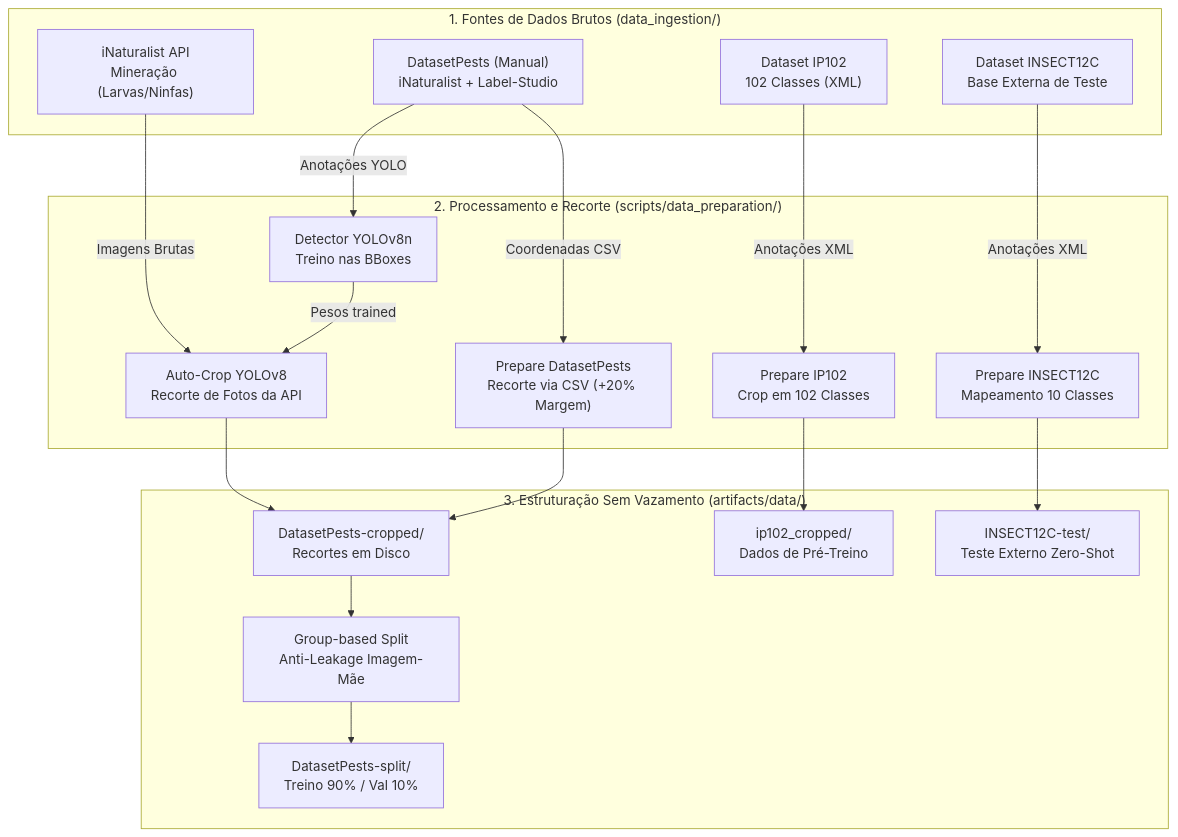
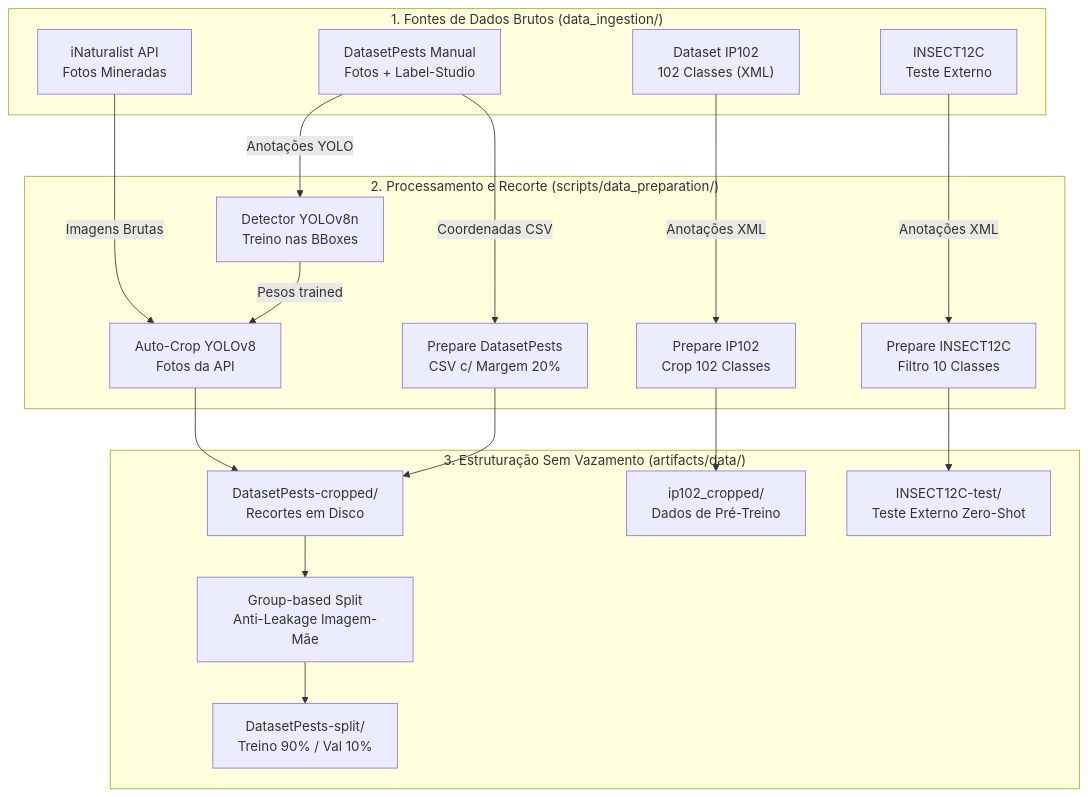
One commit to nanshibukawa/soybean-leaf-pest-damage changed the diagram in docs/03_preparacao_dados/01_pipeline_preprocessamento.md. Above: the diagram before and after it, drawn with Mermaid.

Commit message:
docs: fix Mermaid node text truncation in preprocessing pipeline diagram

````diff
--- a/docs/03_preparacao_dados/01_pipeline_preprocessamento.md
+++ b/docs/03_preparacao_dados/01_pipeline_preprocessamento.md
@@ -11,39 +11,39 @@
 ```mermaid
 flowchart TD
     subgraph INGESTAO ["1. Fontes de Dados Brutos (data_ingestion/)"]
-        A1["DatasetPests (Manual)<br/>iNaturalist + Label-Studio"]
-        A2["iNaturalist API<br/>Mineração (Larvas/Ninfas)"]
+        A1["DatasetPests Manual<br/>Fotos + Label-Studio"]
+        A2["iNaturalist API<br/>Fotos Mineradas"]
         A3["Dataset IP102<br/>102 Classes (XML)"]
-        A4["Dataset INSECT12C<br/>Base Externa de Teste"]
+        A4["INSECT12C<br/>Teste Externo"]
     end
 
     subgraph PREPROC ["2. Processamento e Recorte (scripts/data_preparation/)"]
         B1["Detector YOLOv8n<br/>Treino nas BBoxes"]
-        B2["Auto-Crop YOLOv8<br/>Recorte de Fotos da API"]
-        B3["Prepare DatasetPests<br/>Recorte via CSV (+20% Margem)"]
-        B4["Prepare IP102<br/>Crop em 102 Classes"]
-        B5["Prepare INSECT12C<br/>Mapeamento 10 Classes"]
+        B2["Auto-Crop YOLOv8<br/>Fotos da API"]
+        B3["Prepare DatasetPests<br/>CSV c/ Margem 20%"]
+        B4["Prepare IP102<br/>Crop 102 Classes"]
+        B5["Prepare INSECT12C<br/>Filtro 10 Classes"]
     end
 
     subgraph DIVISION ["3. Estruturação Sem Vazamento (artifacts/data/)"]
         C1["DatasetPests-cropped/<br/>Recortes em Disco"]
         C2["Group-based Split<br/>Anti-Leakage Imagem-Mãe"]
         C3["DatasetPests-split/<br/>Treino 90% / Val 10%"]
         C4["ip102_cropped/<br/>Dados de Pré-Treino"]
         C5["INSECT12C-test/<br/>Teste Externo Zero-Shot"]
     end
 
     A1 -->|Anotações YOLO| B1
     A2 -->|Imagens Brutas| B2
     B1 -->|Pesos trained| B2
     A1 -->|Coordenadas CSV| B3
     A3 -->|Anotações XML| B4
     A4 -->|Anotações XML| B5
 
     B2 --> C1
     B3 --> C1
     C1 --> C2
     C2 --> C3
     B4 --> C4
     B5 --> C5
 ```
````
